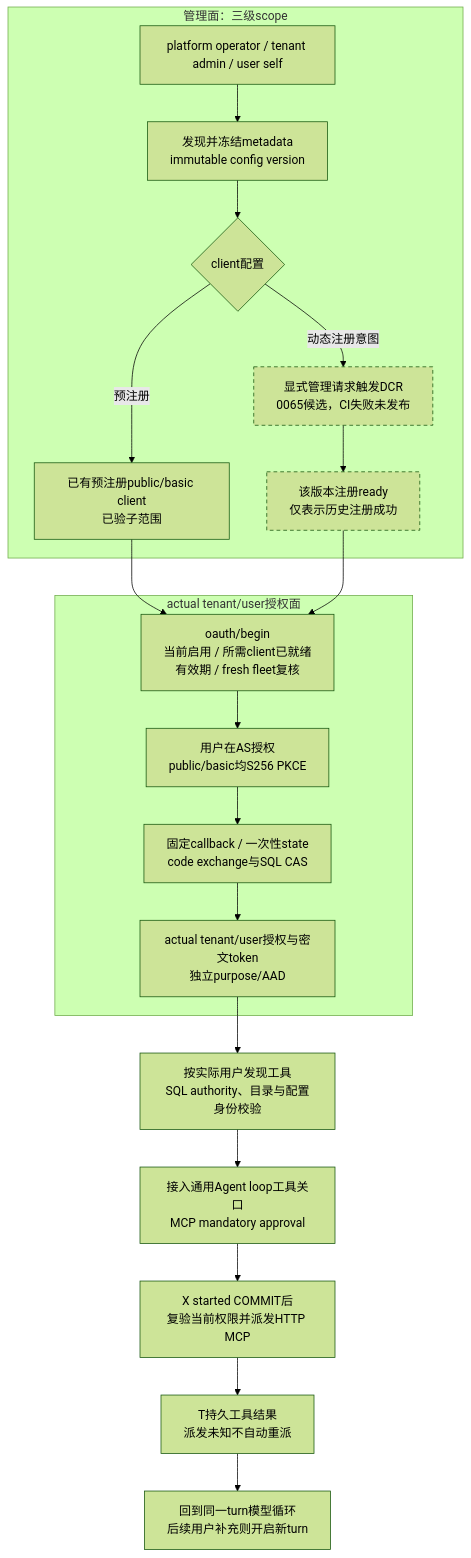
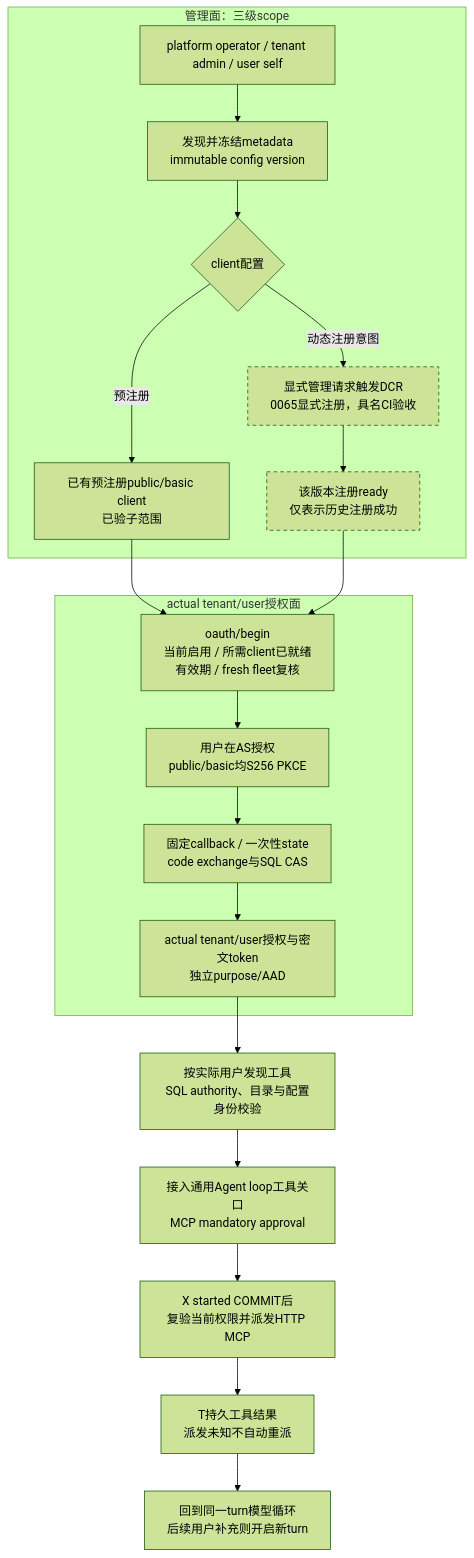
The eighth of 9 diagrams in docs/design/00-architecture.md (zhgqwx-del/agent-service), drawn with Mermaid (forest theme) before and after one commit. The commit also changed other lines of this file and 60 other files, not shown here.

````diff
--- a/docs/design/00-architecture.md
+++ b/docs/design/00-architecture.md
@@ -1063,30 +568,30 @@
 ```mermaid
 flowchart TB
   subgraph MANAGE["管理面：三级scope"]
     M["platform operator / tenant admin / user self"]
     V["发现并冻结metadata<br/>immutable config version"]
     K{"client配置"}
     PRE["已有预注册public/basic client<br/>已验子范围"]
-    REG["显式管理请求触发DCR<br/>0065候选，CI失败未发布"]
+    REG["显式管理请求触发DCR<br/>0065显式注册，具名CI验收"]
     READY["该版本注册ready<br/>仅表示历史注册成功"]
     M --> V --> K
     K -->|"预注册"| PRE
     K -->|"动态注册意图"| REG --> READY
   end
   subgraph AUTH["actual tenant/user授权面"]
     BEGIN["oauth/begin<br/>当前启用 / 所需client已就绪<br/>有效期 / fresh fleet复核"]
     AS["用户在AS授权<br/>public/basic均S256 PKCE"]
     CB["固定callback / 一次性state<br/>code exchange与SQL CAS"]
     TOKEN["actual tenant/user授权与密文token<br/>独立purpose/AAD"]
     BEGIN --> AS --> CB --> TOKEN
   end
   PRE --> BEGIN
   READY --> BEGIN
   TOKEN --> DISC["按实际用户发现工具<br/>SQL authority、目录与配置身份校验"]
   DISC --> GATE["接入通用Agent loop工具关口<br/>MCP mandatory approval"]
   GATE --> CALL["X started COMMIT后<br/>复验当前权限并派发HTTP MCP"]
   CALL --> RESULT["T持久工具结果<br/>派发未知不自动重派"]
   RESULT --> NEXT["回到同一turn模型循环<br/>后续用户补充则开启新turn"]
   classDef candidate stroke-dasharray: 5 4;
   class REG,READY candidate;
 ```
````
